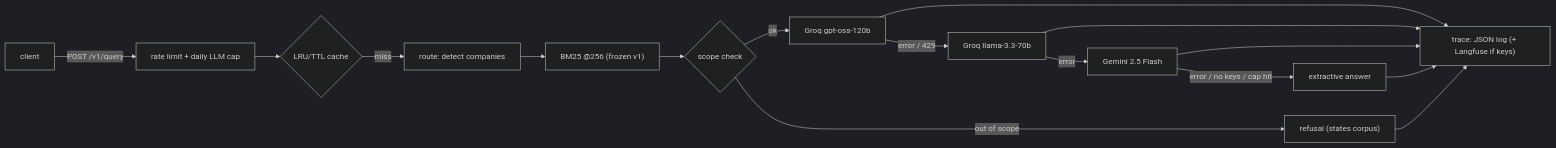
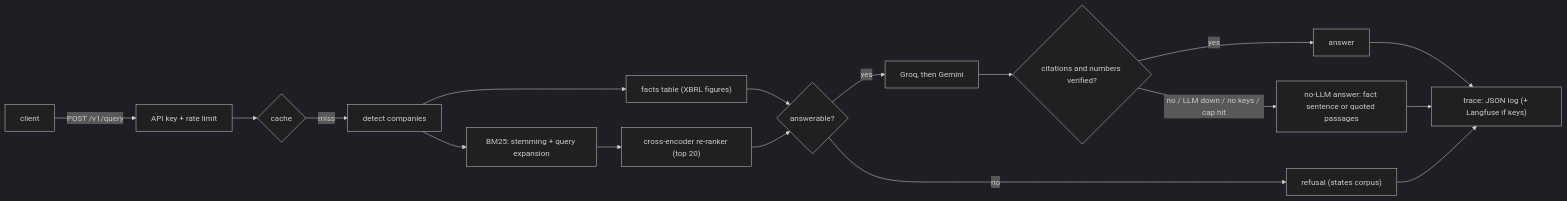
One commit to Vaibhav-1614/rag-eval-platform changed the diagram in docs/production.md. Above: the diagram before and after it, drawn with Mermaid (dark theme). The commit also changed other lines of this file and 4 other files, not shown here.

````diff
--- a/docs/production.md
+++ b/docs/production.md
@@ -7,14 +7,17 @@
 ```mermaid
 flowchart LR
-  C["client"] -->|"POST /v1/query"| RL["rate limit + daily LLM cap"]
-  RL --> CA{"LRU/TTL cache"}
-  CA -->|"miss"| RT["route: detect companies"]
-  RT --> R["BM25 @256 (frozen v1)"]
-  R --> G{"scope check"}
-  G -->|"out of scope"| REF["refusal (states corpus)"]
-  G -->|"ok"| LLM["Groq gpt-oss-120b"]
-  LLM -->|"error / 429"| LLM2["Groq llama-3.3-70b"]
-  LLM2 -->|"error"| GEM["Gemini 2.5 Flash"]
-  GEM -->|"error / no keys / cap hit"| EX["extractive answer"]
-  LLM & LLM2 & GEM & EX & REF --> T["trace: JSON log (+ Langfuse if keys)"]
+  C["client"] -->|"POST /v1/query"| RL["API key + rate limit"]
+  RL --> CA{"cache"}
+  CA -->|"miss"| RT["detect companies"]
+  RT --> F["facts table (XBRL figures)"]
+  RT --> B["BM25: stemming + query expansion"]
+  B --> RR["cross-encoder re-ranker (top 20)"]
+  F --> G{"answerable?"}
+  RR --> G
+  G -->|"no"| REF["refusal (states corpus)"]
+  G -->|"yes"| LLM["Groq, then Gemini"]
+  LLM --> V{"citations and numbers verified?"}
+  V -->|"yes"| OUT["answer"]
+  V -->|"no / LLM down / no keys / cap hit"| EX["no-LLM answer: fact sentence or quoted passages"]
+  OUT & EX & REF --> T["trace: JSON log (+ Langfuse if keys)"]
 ```
````
